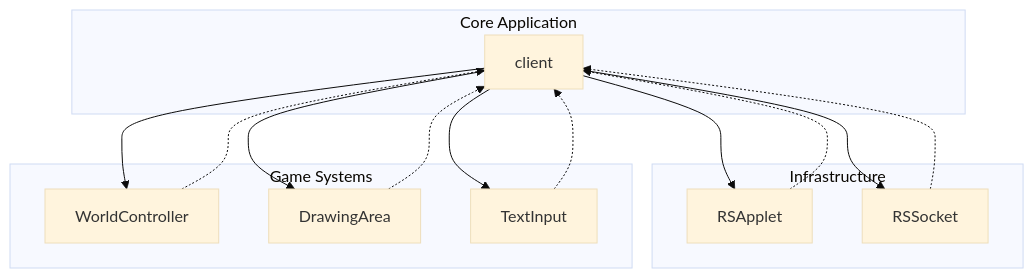
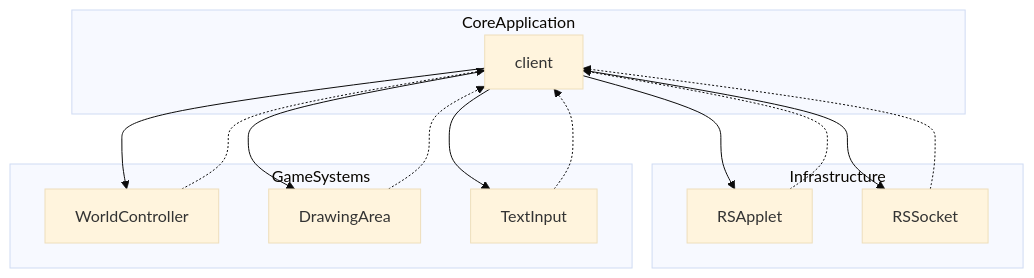
One commit to daxxog/solmud changed the diagram in bytecode/mapping/evidence/verified/client_client.md. Above: the diagram before and after it, drawn with Mermaid (base theme). The commit also changed 10 other files, not shown here.

````diff
--- a/bytecode/mapping/evidence/verified/client_client.md
+++ b/bytecode/mapping/evidence/verified/client_client.md
@@ -17,29 +17,29 @@
 ```mermaid
 graph TD
     client --> RSApplet[RSApplet]
     client --> RSSocket[RSSocket]
     client --> WorldController[WorldController]
     client --> DrawingArea[DrawingArea]
     client --> TextInput[TextInput]
 
-    subgraph "Core Application"
+    subgraph CoreApplication
         client
     end
 
-    subgraph "Infrastructure"
+    subgraph Infrastructure
         RSApplet
         RSSocket
     end
 
-    subgraph "Game Systems"
+    subgraph GameSystems
         WorldController
         DrawingArea
         TextInput
     end
 
     RSApplet -.-> client
     RSSocket -.-> client
     WorldController -.-> client
     DrawingArea -.-> client
     TextInput -.-> client
 ```
````
